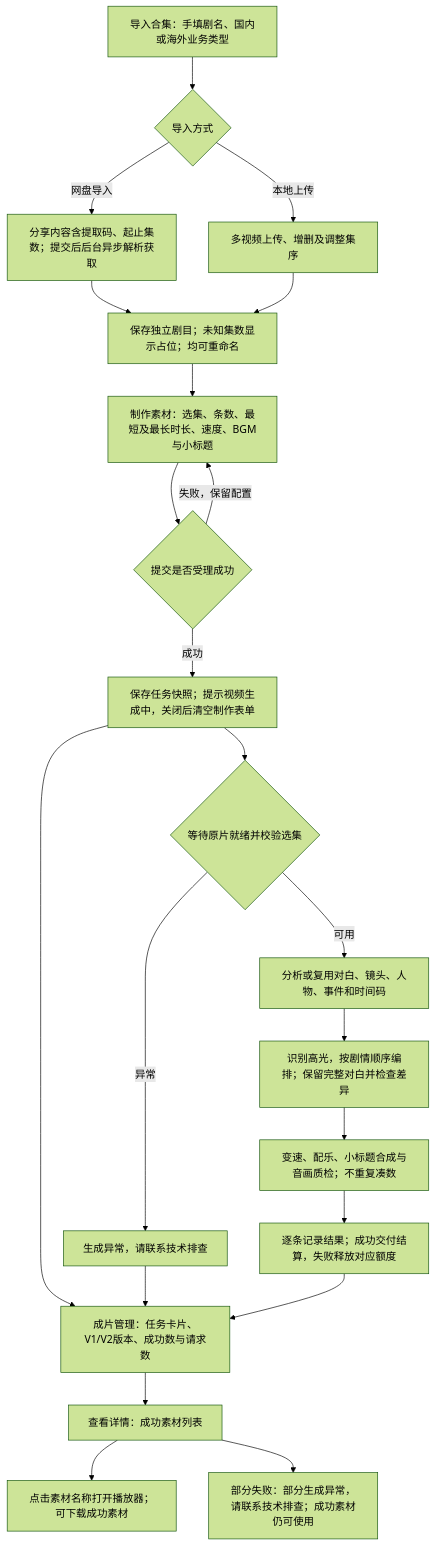
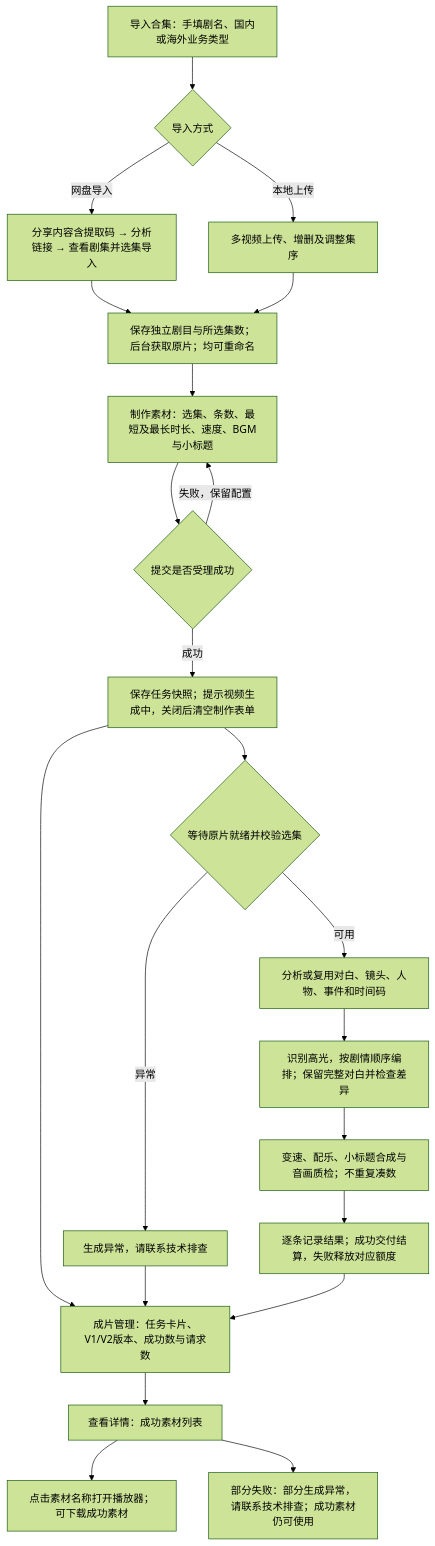
One commit to hongjuan303/html-prototypes changed the diagram in ai-smart-mixed-cut-v7/assets/highlight-workflow-v7.mmd. Above: the diagram before and after it, drawn with Mermaid (forest theme). The commit also changed 38 other files, not shown here.

```diff
--- a/ai-smart-mixed-cut-v7/assets/highlight-workflow-v7.mmd
+++ b/ai-smart-mixed-cut-v7/assets/highlight-workflow-v7.mmd
@@ -1,22 +1,22 @@
 flowchart TD
  importSource["导入合集：手填剧名、国内或海外业务类型"] --> importMode{"导入方式"}
- importMode -->|网盘导入| cloud["分享内容含提取码、起止集数；提交后后台异步解析获取"]
+ importMode -->|网盘导入| cloud["分享内容含提取码 → 分析链接 → 查看剧集并选集导入"]
  importMode -->|本地上传| local["多视频上传、增删及调整集序"]
- cloud --> library["保存独立剧目；未知集数显示占位；均可重命名"]
+ cloud --> library["保存独立剧目与所选集数；后台获取原片；均可重命名"]
  local --> library
  library --> configure["制作素材：选集、条数、最短及最长时长、速度、BGM与小标题"]
  configure --> submit{"提交是否受理成功"}
  submit -->|失败，保留配置| configure
  submit -->|成功| snapshot["保存任务快照；提示视频生成中，关闭后清空制作表单"]
  snapshot --> sourceReady{"等待原片就绪并校验选集"}
  sourceReady -->|异常| failed["生成异常，请联系技术排查"]
  sourceReady -->|可用| analyze["分析或复用对白、镜头、人物、事件和时间码"]
  analyze --> highlights["识别高光，按剧情顺序编排；保留完整对白并检查差异"]
  highlights --> render["变速、配乐、小标题合成与音画质检；不重复凑数"]
  render --> results["逐条记录结果；成功交付结算，失败释放对应额度"]
  snapshot --> tasks["成片管理：任务卡片、V1/V2版本、成功数与请求数"]
  failed --> tasks
  results --> tasks
  tasks --> detail["查看详情：成功素材列表"]
  detail --> preview["点击素材名称打开播放器；可下载成功素材"]
  detail --> partial["部分失败：部分生成异常，请联系技术排查；成功素材仍可使用"]
```
